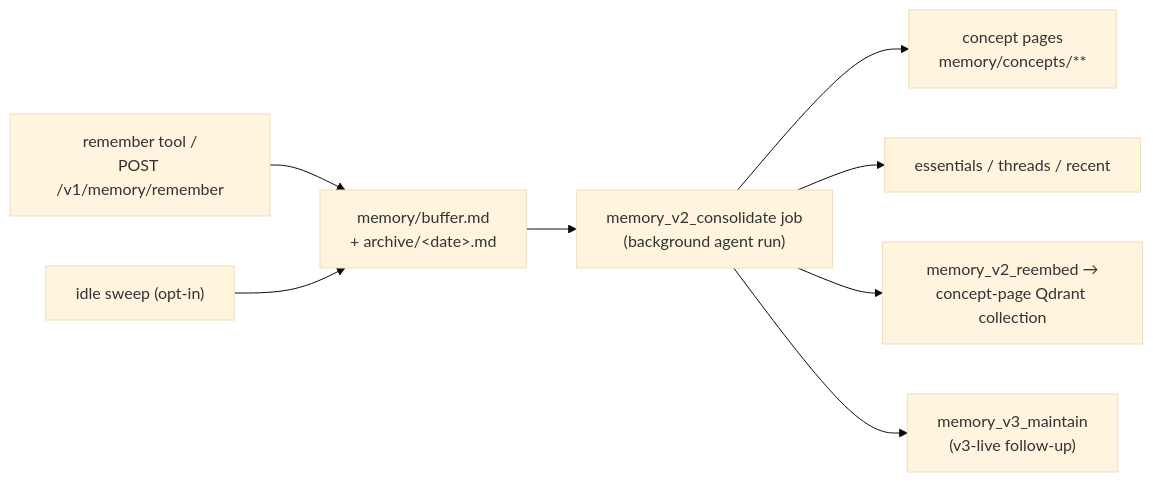
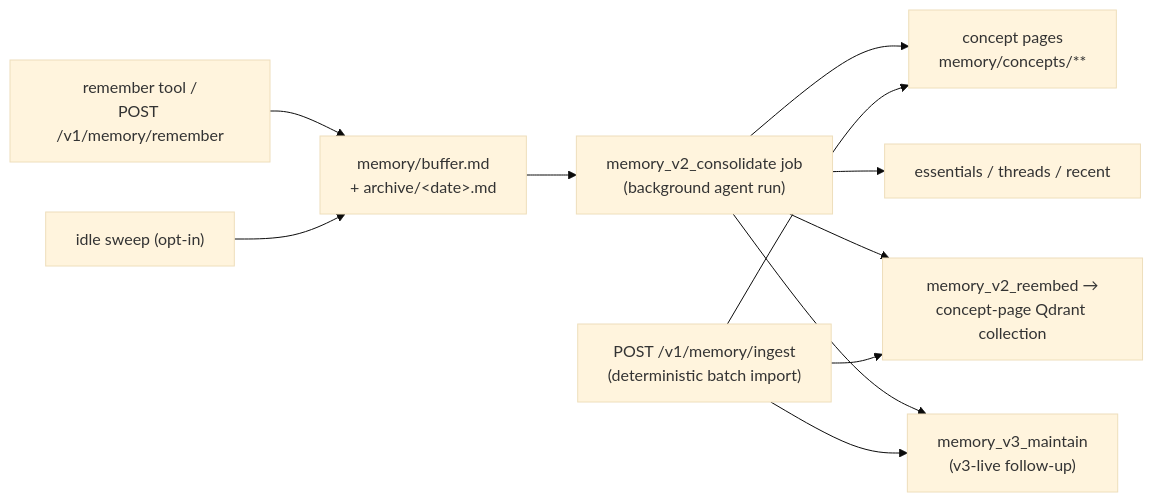
The diagram in assistant/docs/architecture/memory.md (vellum-ai/vellum-assistant), drawn with Mermaid (base theme) before and after one commit. The commit also changed other lines of this file and 5 other files, not shown here.

Commit message:
feat(memory): add memory_ingest route for batch concept-page ingestion

````diff
--- a/assistant/docs/architecture/memory.md
+++ b/assistant/docs/architecture/memory.md
@@ -61,10 +61,13 @@
 ```mermaid
 graph LR
     REM["remember tool /<br/>POST /v1/memory/remember"] --> BUF["memory/buffer.md<br/>+ archive/&lt;date&gt;.md"]
     SWEEP["idle sweep (opt-in)"] --> BUF
     BUF --> CONS["memory_v2_consolidate job<br/>(background agent run)"]
     CONS --> PAGES["concept pages<br/>memory/concepts/**"]
     CONS --> VIEWS["essentials / threads / recent"]
     CONS --> REEMBED["memory_v2_reembed →<br/>concept-page Qdrant collection"]
     CONS --> MAINT["memory_v3_maintain<br/>(v3-live follow-up)"]
+    ING["POST /v1/memory/ingest<br/>(deterministic batch import)"] --> PAGES
+    ING --> REEMBED
+    ING --> MAINT
 ```
````
